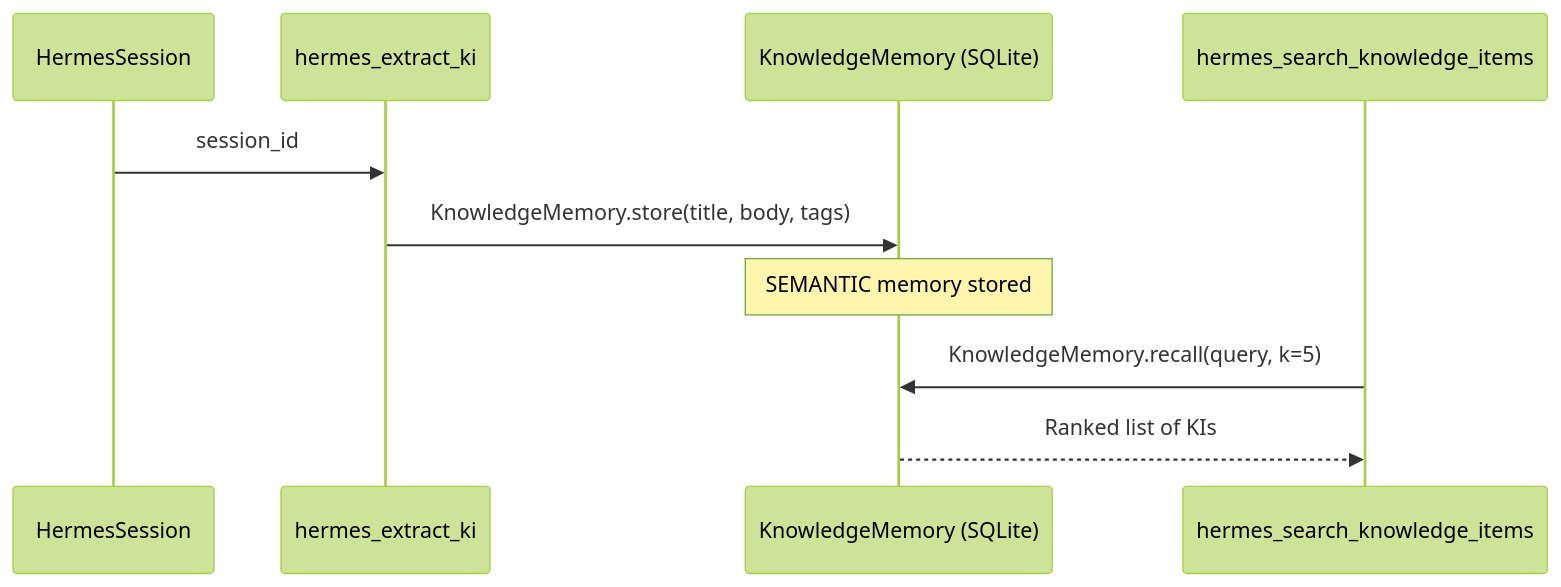
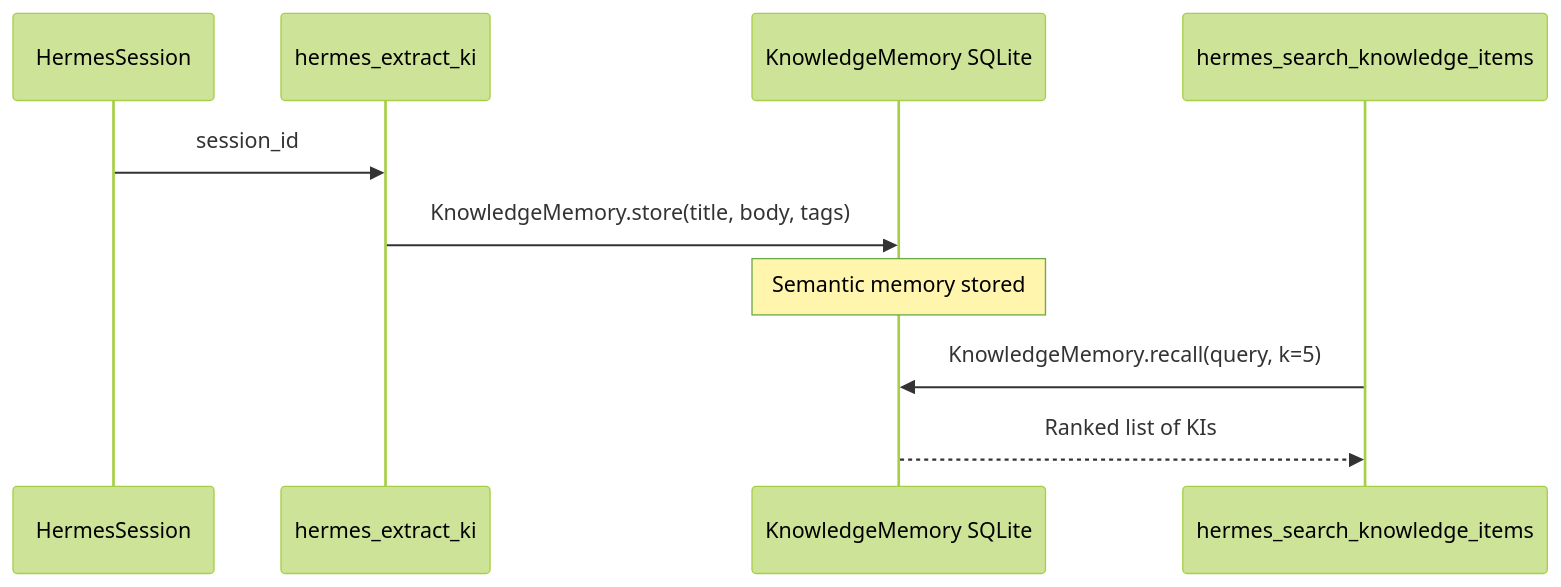
One commit to docxology/codomyrmex changed the fourth of 6 diagrams in docs/agents/hermes/codomyrmex_integration.md. Above: the diagram before and after it, drawn with Mermaid (forest theme). The commit also changed other lines of this file and 86 other files, not shown here.

````diff
--- a/docs/agents/hermes/codomyrmex_integration.md
+++ b/docs/agents/hermes/codomyrmex_integration.md
@@ -163,13 +163,13 @@
 ```mermaid
 sequenceDiagram
     participant Hermes as HermesSession
     participant KmTool as hermes_extract_ki
-    participant KM as KnowledgeMemory (SQLite)
+    participant KM as KnowledgeMemory SQLite
     participant Search as hermes_search_knowledge_items
 
     Hermes->>KmTool: session_id
     KmTool->>KM: KnowledgeMemory.store(title, body, tags)
-    Note over KM: SEMANTIC memory stored
+    Note over KM: Semantic memory stored
     Search->>KM: KnowledgeMemory.recall(query, k=5)
     KM-->>Search: Ranked list of KIs
 ```
````
